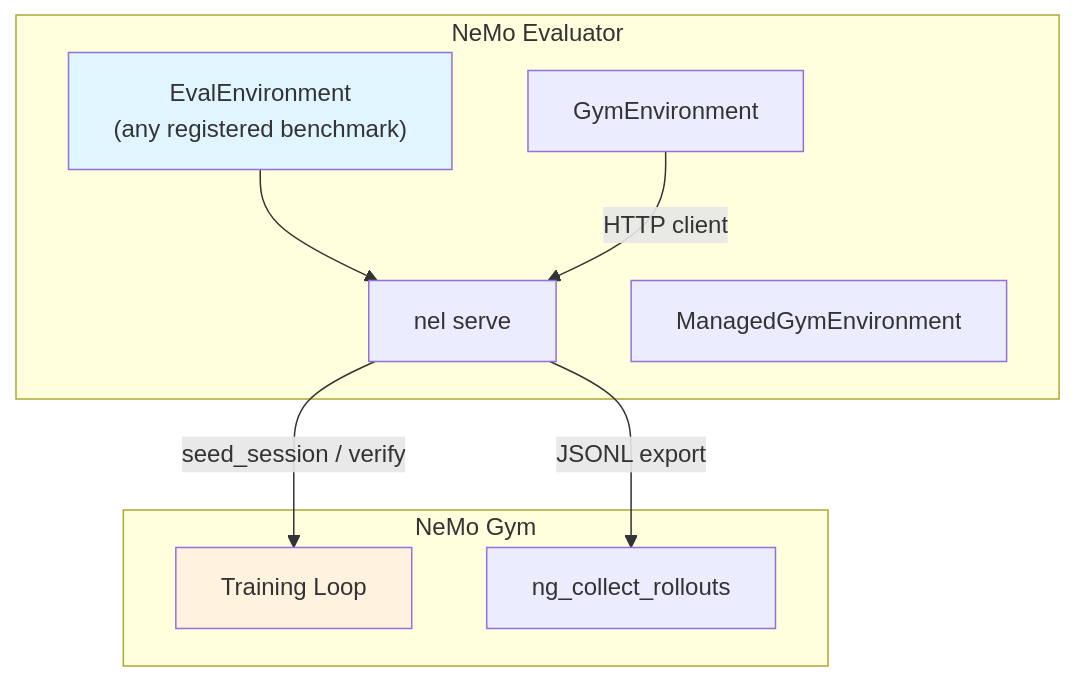
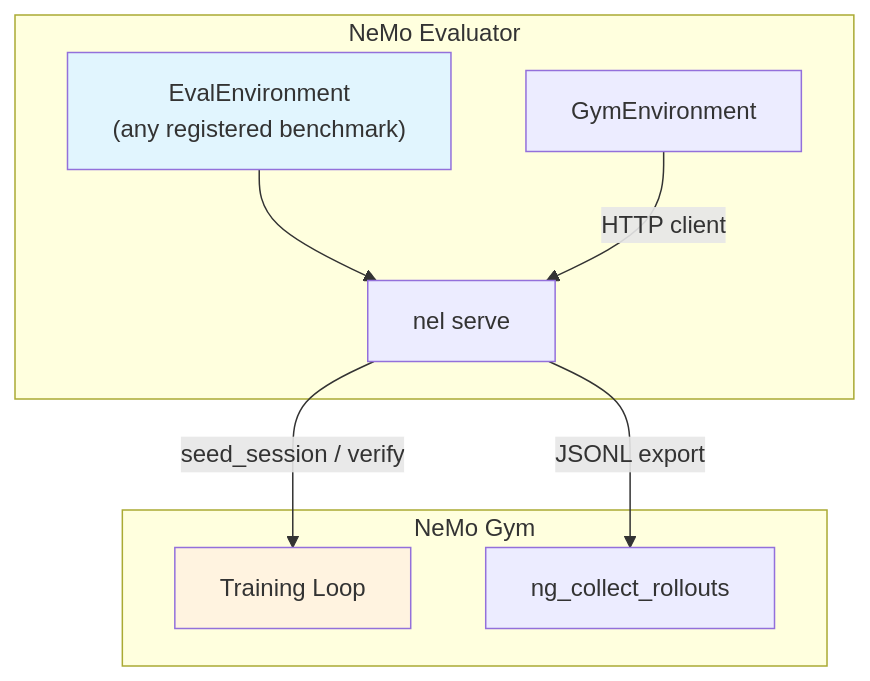
The first of 2 diagrams in docs/tutorials/gym-integration.md (NVIDIA-NeMo/Evaluator), drawn with Mermaid before and after one commit. The commit also changed other lines of this file and 63 other files, not shown here.

````diff
--- a/docs/tutorials/gym-integration.md
+++ b/docs/tutorials/gym-integration.md
@@ -7,22 +7,21 @@
 ```{mermaid}
 flowchart TB
     subgraph "NeMo Evaluator"
         ENV["EvalEnvironment<br/>(any registered benchmark)"]
         SERVE["nel serve"]
         GYMENV["GymEnvironment"]
-        MANAGED["ManagedGymEnvironment"]
     end
 
     subgraph "NeMo Gym"
         TRAIN["Training Loop"]
         COLLECT["ng_collect_rollouts"]
     end
 
     ENV --> SERVE
     SERVE -->|"seed_session / verify"| TRAIN
     SERVE -->|"JSONL export"| COLLECT
     GYMENV -->|"HTTP client"| SERVE
 
     style ENV fill:#e1f5fe
     style TRAIN fill:#fff3e0
 ```
````
